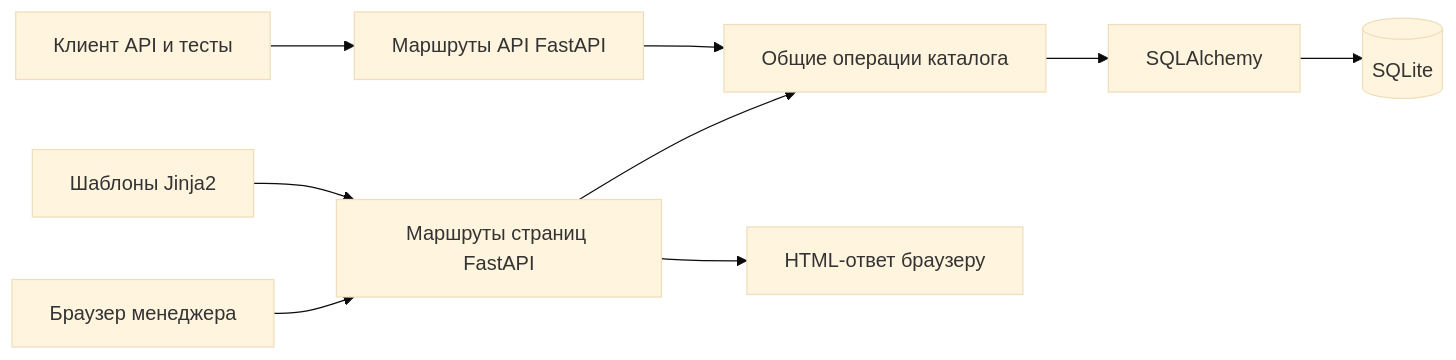
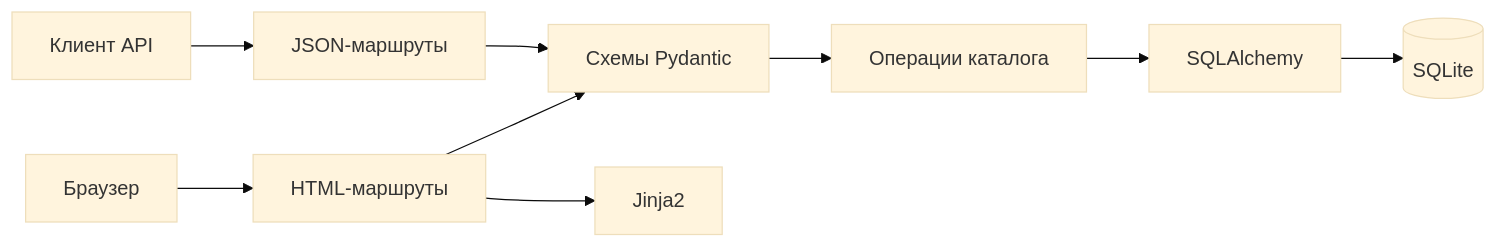
The first of 2 diagrams in docs/DESIGN.md (Koryza/kyyyyyrsach), drawn with Mermaid (base theme) before and after one commit. The commit also changed other lines of this file and 21 other files, not shown here.

````diff
--- a/docs/DESIGN.md
+++ b/docs/DESIGN.md
@@ -11,11 +7,11 @@
 ```mermaid
 flowchart LR
-    Browser[Браузер менеджера] --> Pages[Маршруты страниц FastAPI]
-    Client[Клиент API и тесты] --> API[Маршруты API FastAPI]
-    Pages --> Catalog[Общие операции каталога]
-    API --> Catalog
+    Browser[Браузер] --> Pages[HTML-маршруты]
+    Client[Клиент API] --> API[JSON-маршруты]
+    Pages --> Schema[Схемы Pydantic]
+    API --> Schema
+    Schema --> Catalog[Операции каталога]
     Catalog --> ORM[SQLAlchemy]
     ORM --> DB[(SQLite)]
-    Templates[Шаблоны Jinja2] --> Pages
-    Pages --> HTML[HTML-ответ браузеру]
+    Pages --> Templates[Jinja2]
 ```
````
